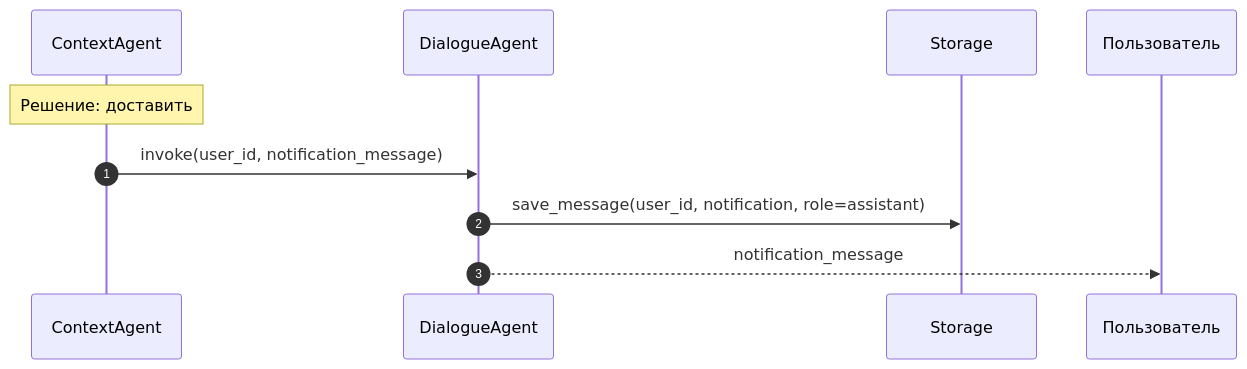
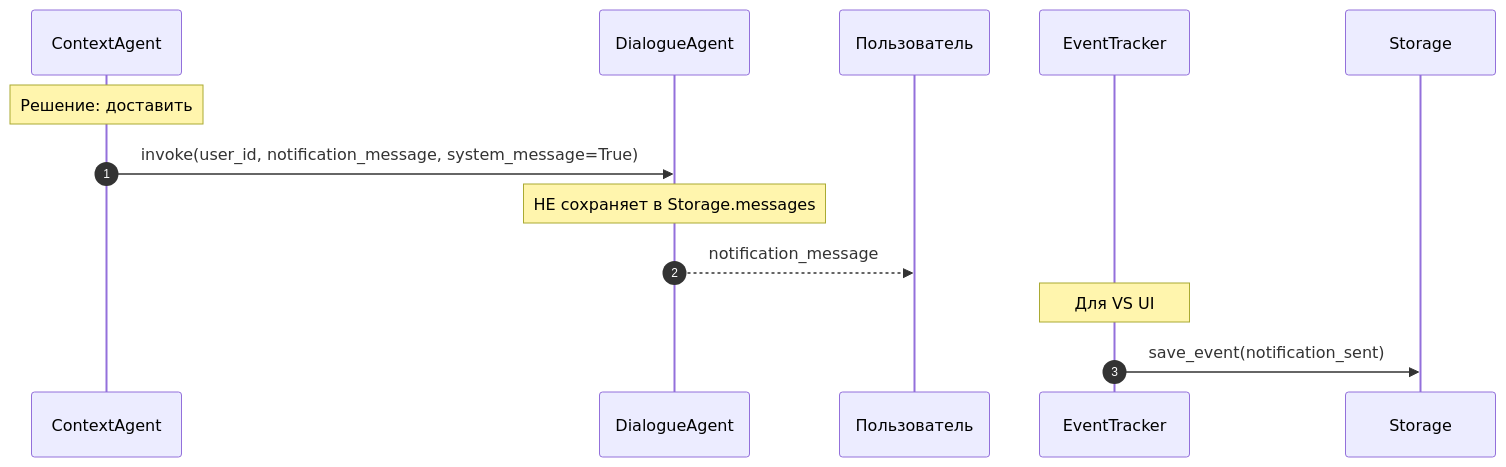
One commit to Dieugene/team-assistant changed the sixth of 15 diagrams in 00_docs/architecture/runtime_architecture.md. Above: the diagram before and after it, drawn with Mermaid. The commit also changed other lines of this file, not shown here.

First line of the commit message:
Update runtime architecture

````diff
--- a/00_docs/architecture/runtime_architecture.md
+++ b/00_docs/architecture/runtime_architecture.md
@@ -245,14 +328,18 @@
 ```mermaid
 sequenceDiagram
     autonumber
     participant CA as ContextAgent
     participant DA as DialogueAgent
-    participant Storage as Storage
     participant User as Пользователь
+    participant ET as EventTracker
 
     Note over CA: Решение: доставить
 
-    CA->>DA: invoke(user_id, notification_message)
-    DA->>Storage: save_message(user_id, notification, role=assistant)
+    CA->>DA: invoke(user_id, notification_message, system_message=True)
+    Note over DA: НЕ сохраняет в Storage.messages
+
     DA-->>User: notification_message
+
+    Note over ET: Для VS UI
+    ET->>Storage: save_event(notification_sent)
 ```
````
